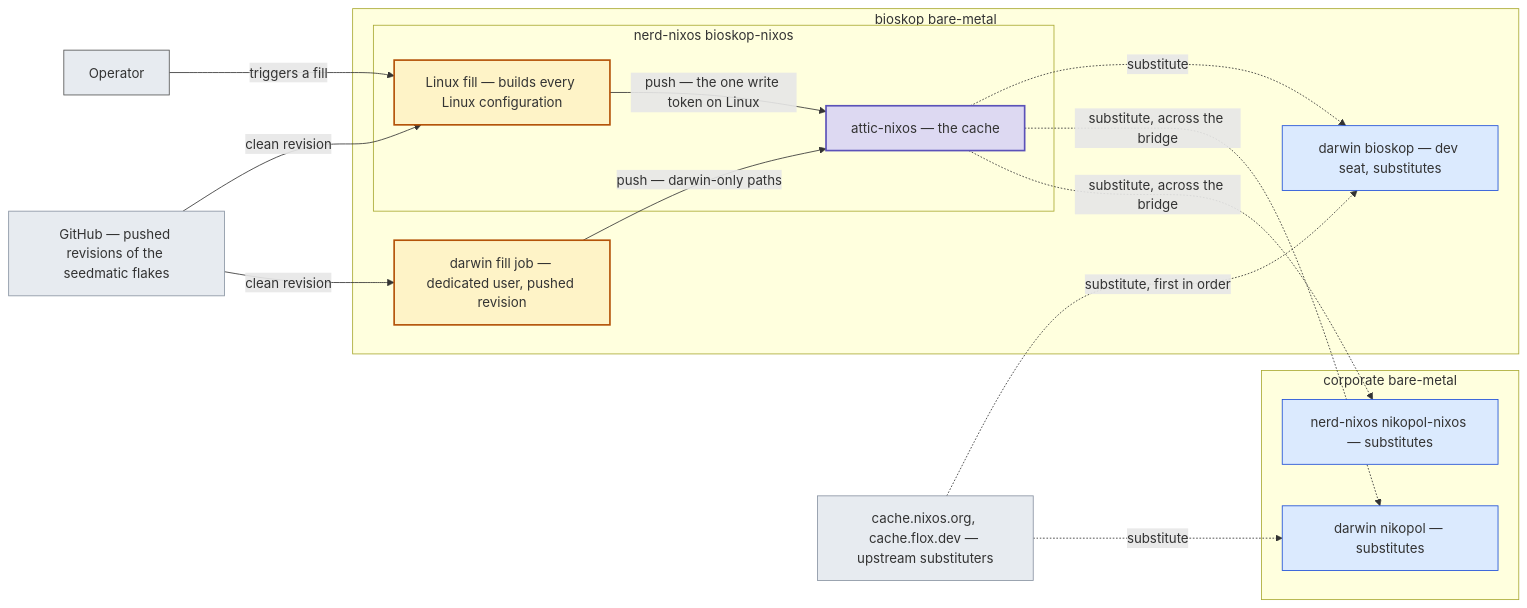
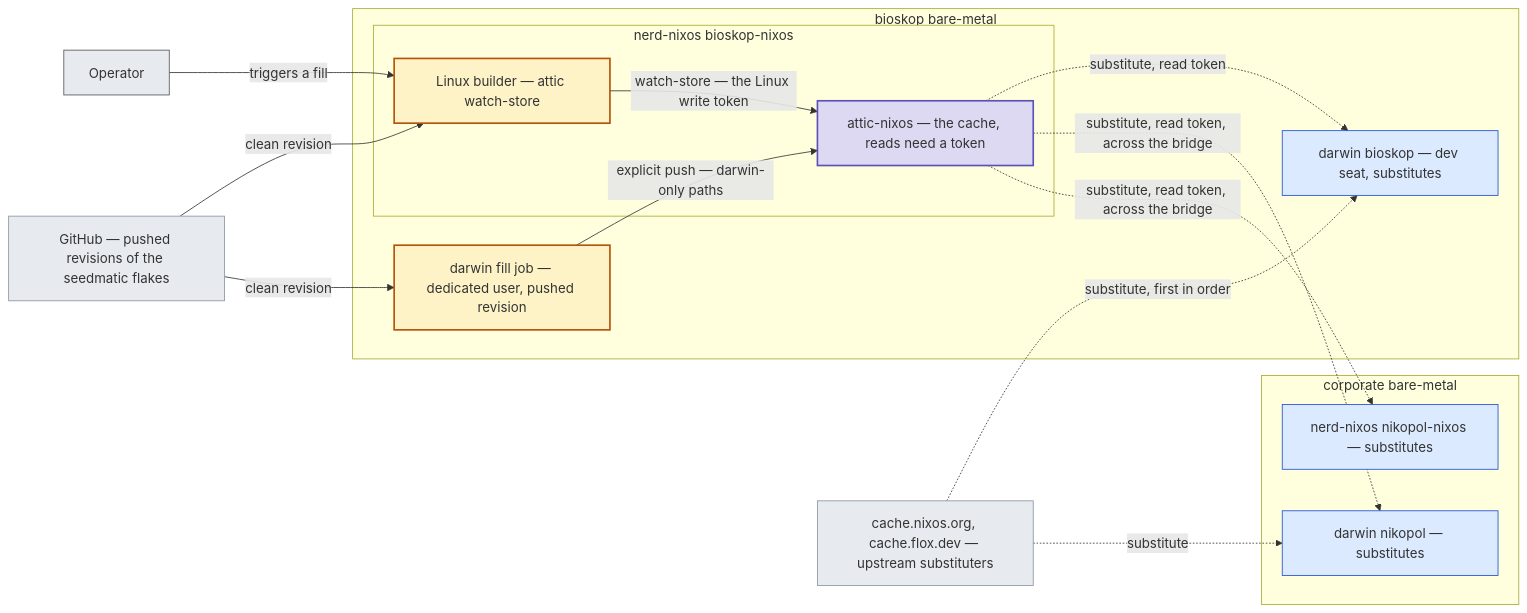
Before and after one commit to seedmatic/ndh: the first of 5 diagrams in docs/private-binary-cache-spec.adoc, drawn with Mermaid. The commit also changed other lines of this file and 1 other file, not shown here.

```diff
--- a/docs/private-binary-cache-spec.adoc
+++ b/docs/private-binary-cache-spec.adoc
@@ -102,37 +113,37 @@
 [mermaid]
 ....
 flowchart LR
   op["Operator"]:::person
   gh["GitHub — pushed revisions of the seedmatic flakes"]:::ext
   up["cache.nixos.org, cache.flox.dev — upstream substituters"]:::ext
 
   subgraph BIOSKOP["bioskop bare-metal"]
     dB["darwin bioskop — dev seat, substitutes"]:::host
     dj["darwin fill job — dedicated user, pushed revision"]:::builder
     subgraph NN_B["nerd-nixos bioskop-nixos"]
-      lb["Linux fill — builds every Linux configuration"]:::builder
-      attic["attic-nixos — the cache"]:::cache
+      lb["Linux builder — attic watch-store"]:::builder
+      attic["attic-nixos — the cache, reads need a token"]:::cache
     end
   end
   subgraph NIKOPOL["corporate bare-metal"]
     dN["darwin nikopol — substitutes"]:::host
     nN["nerd-nixos nikopol-nixos — substitutes"]:::host
   end
 
   op -->|"triggers a fill"| lb
   gh -->|"clean revision"| lb
   gh -->|"clean revision"| dj
-  lb -->|"push — the one write token on Linux"| attic
-  dj -->|"push — darwin-only paths"| attic
-  attic -.->|"substitute"| dB
-  attic -.->|"substitute, across the bridge"| dN
-  attic -.->|"substitute, across the bridge"| nN
+  lb -->|"watch-store — the Linux write token"| attic
+  dj -->|"explicit push — darwin-only paths"| attic
+  attic -.->|"substitute, read token"| dB
+  attic -.->|"substitute, read token, across the bridge"| dN
+  attic -.->|"substitute, read token, across the bridge"| nN
   up -.->|"substitute, first in order"| dB
   up -.->|"substitute"| dN
 
   classDef person fill:#e7ebf0,stroke:#555;
   classDef ext fill:#e7ebf0,stroke:#8a94a3;
   classDef host fill:#dbeafe,stroke:#1d4ed8;
   classDef builder fill:#fef3c7,stroke:#b45309,stroke-width:2px;
   classDef cache fill:#ddd9f2,stroke:#5b52b8,stroke-width:2px;
 ....
```
